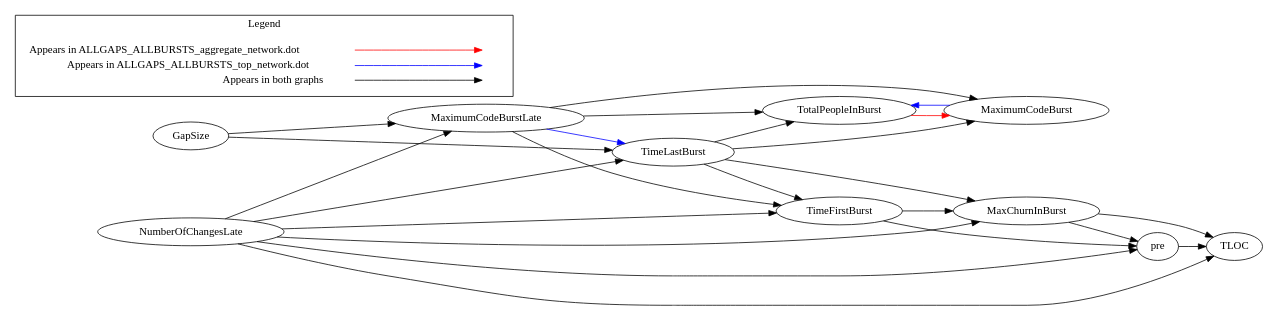
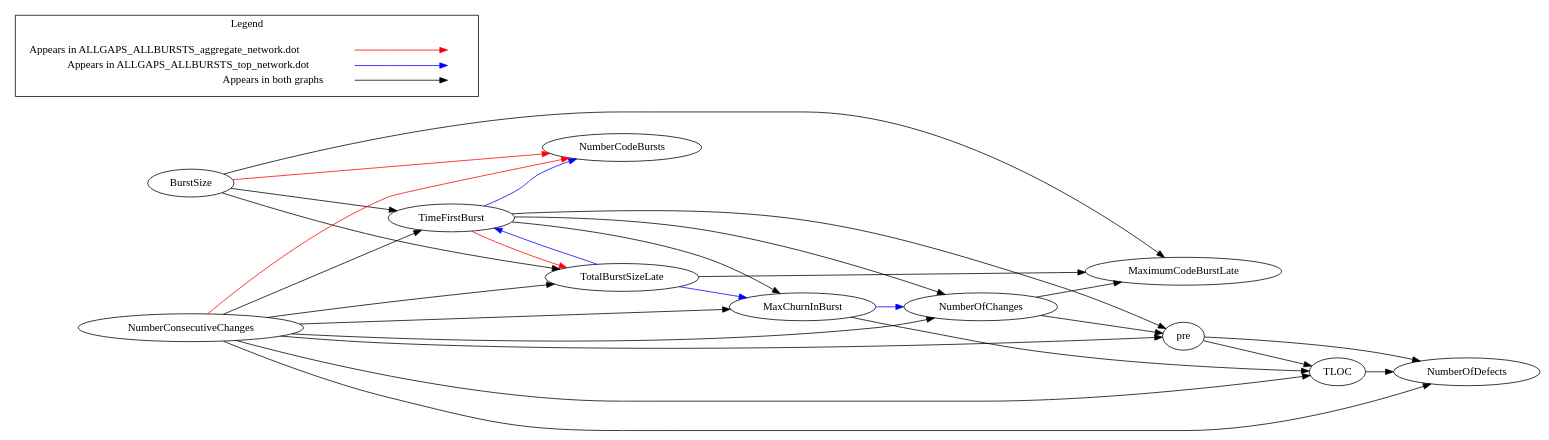
One commit to Broshen/defect_prediction_analysis changed the diagram in experiment_4/results/ECLIPSE20/ALLGAPS_ALLBURSTS_top_vs_aggregated.dot. Above: the diagram before and after it, drawn with Graphviz. The commit also changed 340 other files, not shown here.

```diff
--- a/experiment_4/results/ECLIPSE20/ALLGAPS_ALLBURSTS_top_vs_aggregated.dot
+++ b/experiment_4/results/ECLIPSE20/ALLGAPS_ALLBURSTS_top_vs_aggregated.dot
@@ -1,44 +1,48 @@
 digraph {
-TotalPeopleInBurst -> MaximumCodeBurst[color="red"];
-NumberOfChangesLate -> MaximumCodeBurstLate[color="black"];
-NumberOfChangesLate -> TimeLastBurst[color="black"];
-NumberOfChangesLate -> TimeFirstBurst[color="black"];
-NumberOfChangesLate -> MaxChurnInBurst[color="black"];
-NumberOfChangesLate -> pre[color="black"];
-NumberOfChangesLate -> TLOC[color="black"];
-GapSize -> MaximumCodeBurstLate[color="black"];
-GapSize -> TimeLastBurst[color="black"];
-MaximumCodeBurstLate -> TimeFirstBurst[color="black"];
-TimeLastBurst -> TimeFirstBurst[color="black"];
-TimeLastBurst -> MaxChurnInBurst[color="black"];
-TimeLastBurst -> MaximumCodeBurst[color="black"];
-TimeLastBurst -> TotalPeopleInBurst[color="black"];
+BurstSize -> NumberCodeBursts[color="red"];
+TimeFirstBurst -> TotalBurstSizeLate[color="red"];
+NumberConsecutiveChanges -> NumberCodeBursts[color="red"];
+TLOC -> NumberOfDefects[color="black"];
+NumberOfChanges -> pre[color="black"];
+NumberOfChanges -> MaximumCodeBurstLate[color="black"];
+MaxChurnInBurst -> TLOC[color="black"];
+BurstSize -> TotalBurstSizeLate[color="black"];
+BurstSize -> TimeFirstBurst[color="black"];
+BurstSize -> MaximumCodeBurstLate[color="black"];
+TotalBurstSizeLate -> MaximumCodeBurstLate[color="black"];
+pre -> TLOC[color="black"];
+pre -> NumberOfDefects[color="black"];
+TimeFirstBurst -> NumberOfChanges[color="black"];
 TimeFirstBurst -> MaxChurnInBurst[color="black"];
 TimeFirstBurst -> pre[color="black"];
-MaxChurnInBurst -> pre[color="black"];
-MaxChurnInBurst -> TLOC[color="black"];
-pre -> TLOC[color="black"];
-MaximumCodeBurstLate -> TotalPeopleInBurst[color="black"];
-MaximumCodeBurstLate -> MaximumCodeBurst[color="black"];
-MaximumCodeBurstLate -> TimeLastBurst[color="blue"];
-MaximumCodeBurst -> TotalPeopleInBurst[color="blue"];
+NumberConsecutiveChanges -> TLOC[color="black"];
+NumberConsecutiveChanges -> NumberOfDefects[color="black"];
+NumberConsecutiveChanges -> NumberOfChanges[color="black"];
+NumberConsecutiveChanges -> MaxChurnInBurst[color="black"];
+NumberConsecutiveChanges -> TotalBurstSizeLate[color="black"];
+NumberConsecutiveChanges -> pre[color="black"];
+NumberConsecutiveChanges -> TimeFirstBurst[color="black"];
+MaxChurnInBurst -> NumberOfChanges[color="blue"];
+TotalBurstSizeLate -> MaxChurnInBurst[color="blue"];
+TotalBurstSizeLate -> TimeFirstBurst[color="blue"];
+TimeFirstBurst -> NumberCodeBursts[color="blue"];
 
   rankdir=LR
   node [shape=plaintext]
   subgraph cluster_01 { 
     label = "Legend";
     key [label=<<table border="0" cellpadding="2" cellspacing="0" cellborder="0">
       <tr><td align="right" port="i1">Appears in ALLGAPS_ALLBURSTS_aggregate_network.dot</td></tr>
       <tr><td align="right" port="i2">Appears in ALLGAPS_ALLBURSTS_top_network.dot</td></tr>
       <tr><td align="right" port="i3">Appears in both graphs</td></tr>
       </table>>]
     key2 [label=<<table border="0" cellpadding="2" cellspacing="0" cellborder="0">
       <tr><td port="i1">&nbsp;</td></tr>
       <tr><td port="i2">&nbsp;</td></tr>
       <tr><td port="i3">&nbsp;</td></tr>
       </table>>]
     key:i1:e -> key2:i1:w [color=red]
     key:i2:e -> key2:i2:w [color=blue]
     key:i3:e -> key2:i3:w [color=black]
   }
 }
```
